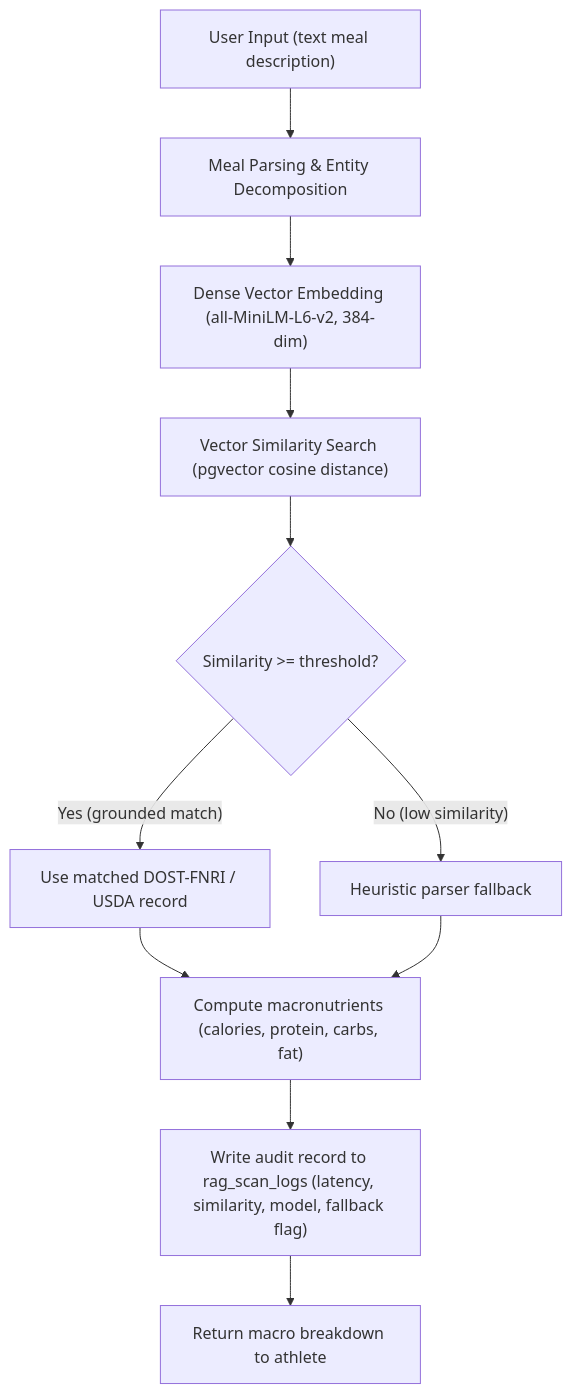
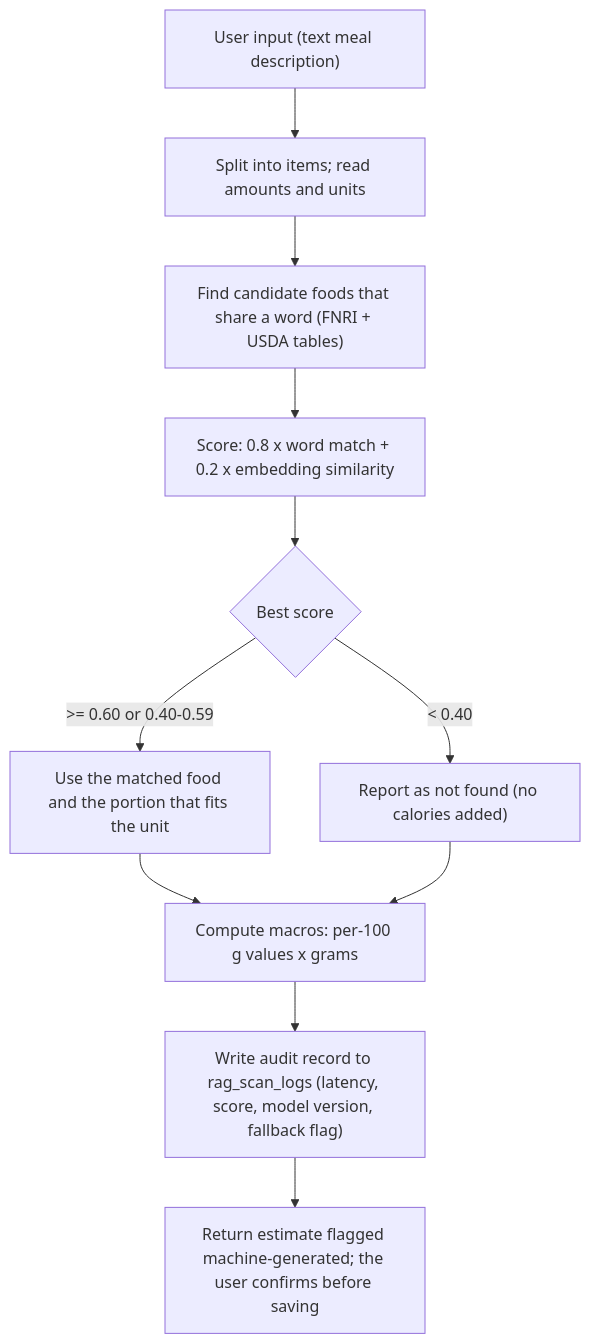
One commit to yuri-salise/nutri-sync changed the first of 2 diagrams in README.md. Above: the diagram before and after it, drawn with Mermaid. The commit also changed other lines of this file and 68 other files, not shown here.

````diff
--- a/README.md
+++ b/README.md
@@ -135,13 +135,13 @@
 ```mermaid
 flowchart TD
-    A["User Input (text meal description)"] --> B["Meal Parsing & Entity Decomposition"]
-    B --> C["Dense Vector Embedding (all-MiniLM-L6-v2, 384-dim)"]
-    C --> D["Vector Similarity Search (pgvector cosine distance)"]
-    D --> E{"Similarity >= threshold?"}
-    E -- "Yes (grounded match)" --> F["Use matched DOST-FNRI / USDA record"]
-    E -- "No (low similarity)" --> G["Heuristic parser fallback"]
-    F --> H["Compute macronutrients (calories, protein, carbs, fat)"]
+    A["User input (text meal description)"] --> B["Split into items; read amounts and units"]
+    B --> C["Find candidate foods that share a word (FNRI + USDA tables)"]
+    C --> D["Score: 0.8 x word match + 0.2 x embedding similarity"]
+    D --> E{"Best score"}
+    E -- ">= 0.60 or 0.40-0.59" --> F["Use the matched food and the portion that fits the unit"]
+    E -- "< 0.40" --> G["Report as not found (no calories added)"]
+    F --> H["Compute macros: per-100 g values x grams"]
     G --> H
-    H --> I["Write audit record to rag_scan_logs (latency, similarity, model, fallback flag)"]
-    I --> J["Return macro breakdown to athlete"]
+    H --> I["Write audit record to rag_scan_logs (latency, score, model version, fallback flag)"]
+    I --> J["Return estimate flagged machine-generated; the user confirms before saving"]
 ```
````
